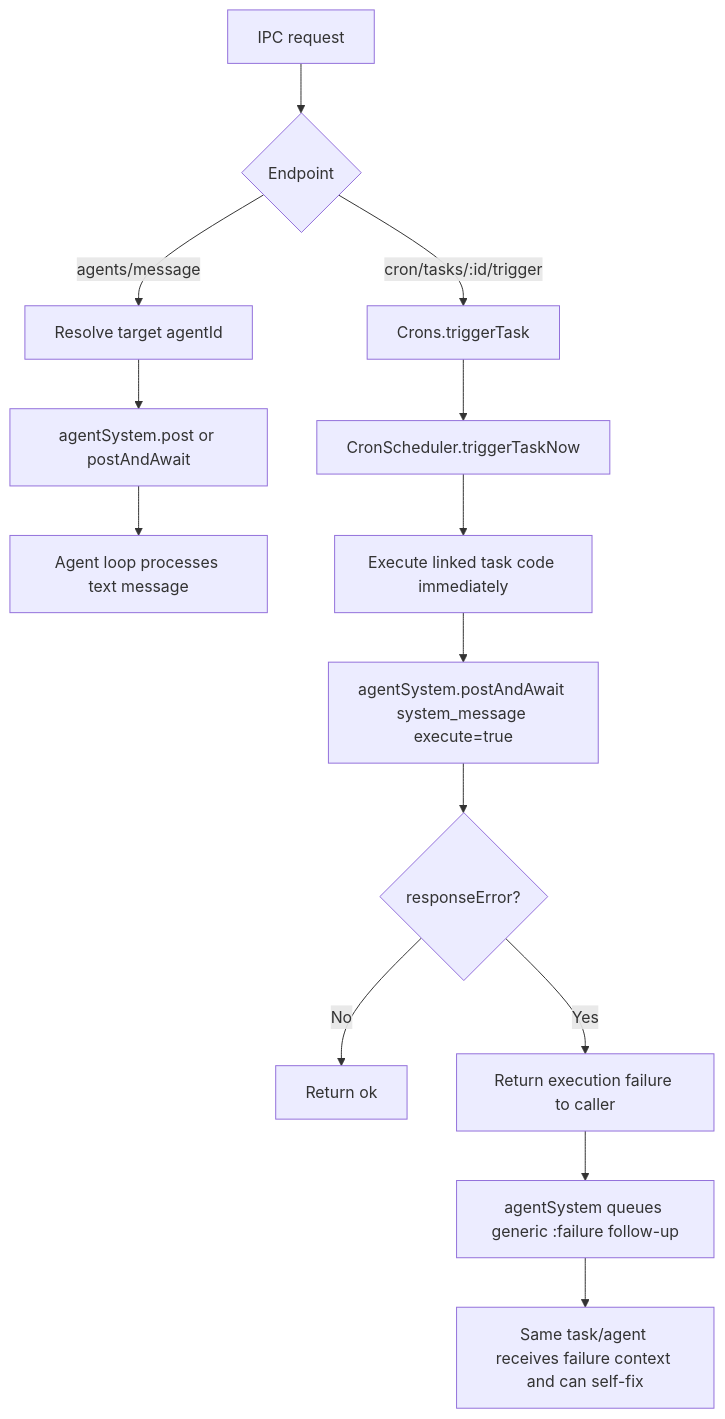
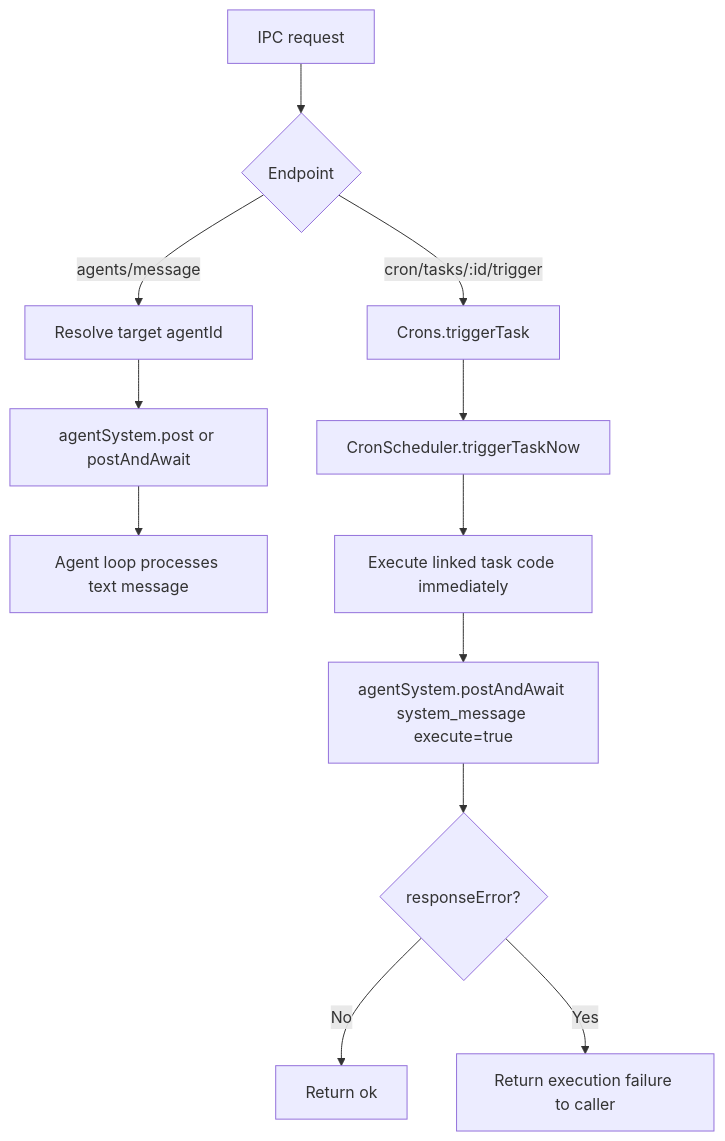
Before and after one commit to ex3ndr/daycare: the diagram in doc/20260301-ipc-agent-message-and-cron-trigger.md, drawn with Mermaid. The commit also changed other lines of this file and 3 other files, not shown here.

````diff
--- a/doc/20260301-ipc-agent-message-and-cron-trigger.md
+++ b/doc/20260301-ipc-agent-message-and-cron-trigger.md
@@ -29,16 +26,14 @@
 ```mermaid
 flowchart TD
     A[IPC request] --> B{Endpoint}
     B -->|agents/message| C[Resolve target agentId]
     C --> D[agentSystem.post or postAndAwait]
     D --> E[Agent loop processes text message]
     B -->|cron/tasks/:id/trigger| F[Crons.triggerTask]
     F --> G[CronScheduler.triggerTaskNow]
     G --> H[Execute linked task code immediately]
     H --> I[agentSystem.postAndAwait system_message execute=true]
     I --> J{responseError?}
     J -->|No| K[Return ok]
     J -->|Yes| L[Return execution failure to caller]
-    L --> M[agentSystem queues generic <origin>:failure follow-up]
-    M --> N[Same task/agent receives failure context and can self-fix]
 ```
````
